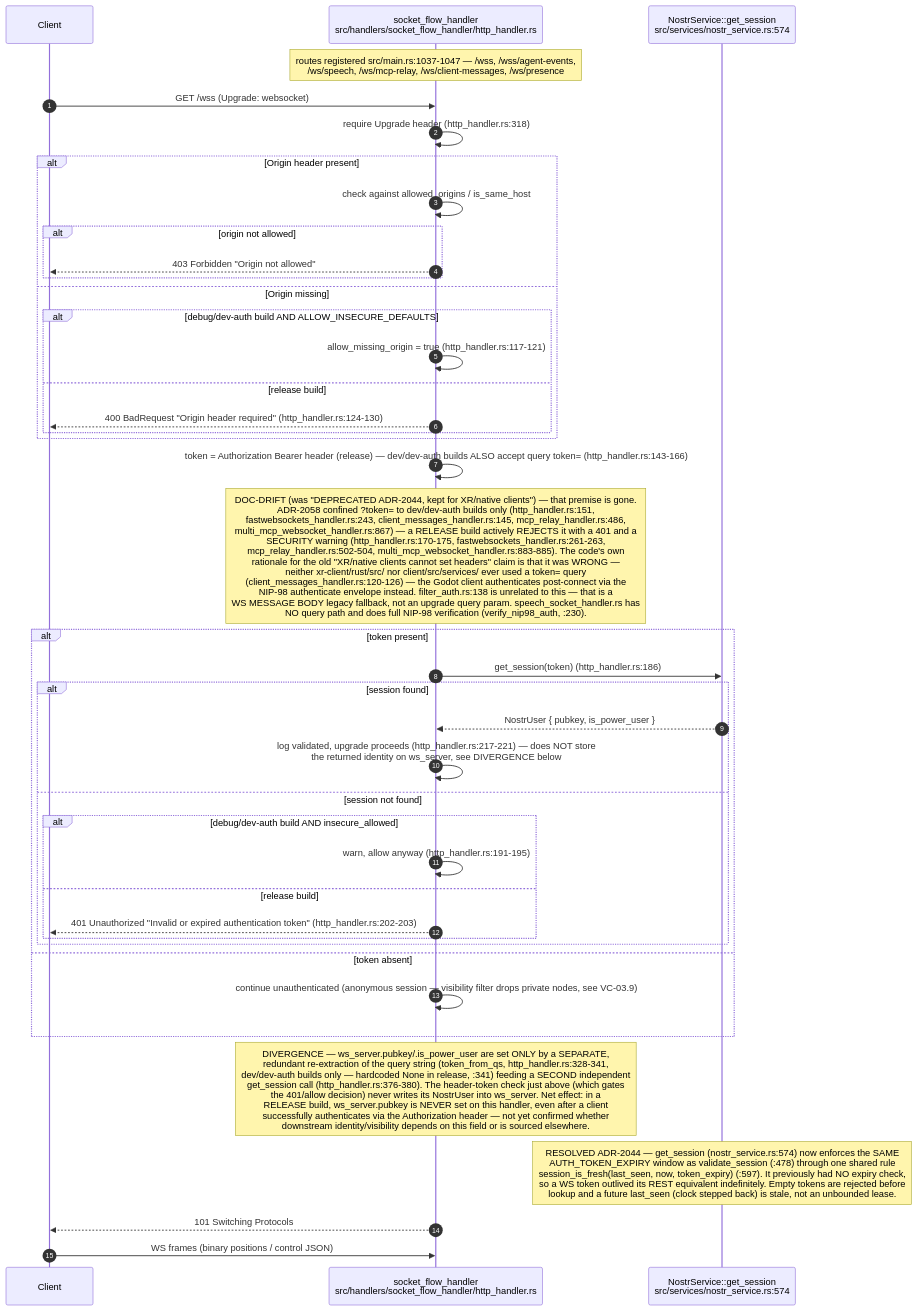
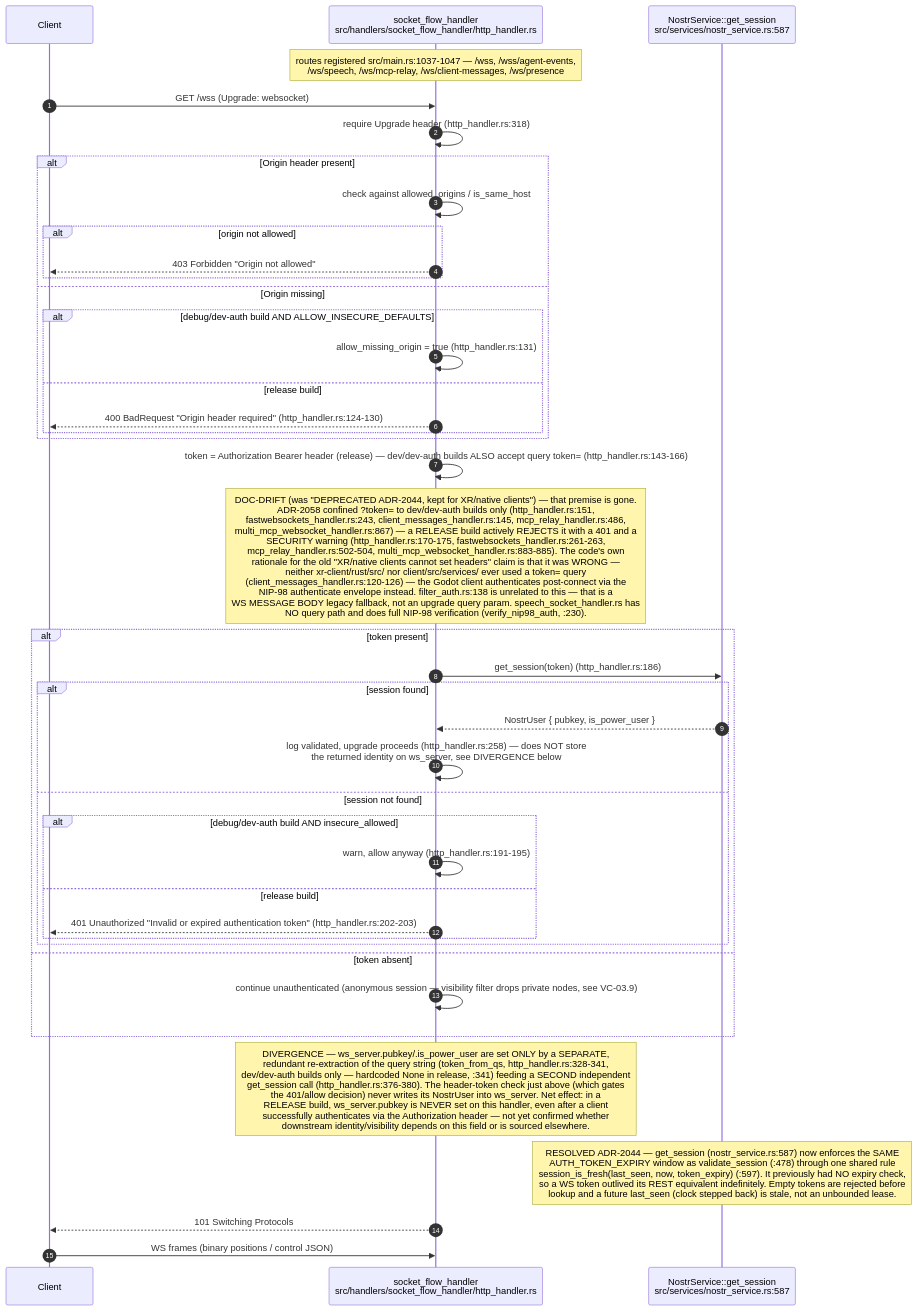
The second of 17 diagrams in docs/diagrams/visionclaw/03-request-lifecycle-and-rbac.md (DreamLab-AI/VisionFlow), drawn with Mermaid before and after one commit. The commit also changed other lines of this file and 51 other files, not shown here.

First line of the commit message:
docs(diagrams): agentbox AB-01..13 re-attested anchor by anchor (980 anchors, 22 defects); checkpoint against an out-of-mesh writer

````diff
--- a/docs/diagrams/visionclaw/03-request-lifecycle-and-rbac.md
+++ b/docs/diagrams/visionclaw/03-request-lifecycle-and-rbac.md
@@ -87,44 +89,44 @@
 ```mermaid
 sequenceDiagram
     autonumber
     participant C as Client
     participant WS as socket_flow_handler<br/>src/handlers/socket_flow_handler/http_handler.rs
-    participant NS as NostrService::get_session<br/>src/services/nostr_service.rs:574
+    participant NS as NostrService::get_session<br/>src/services/nostr_service.rs:587
 
     Note over WS: routes registered src/main.rs:1037-1047 — /wss, /wss/agent-events,<br/>/ws/speech, /ws/mcp-relay, /ws/client-messages, /ws/presence
     C->>WS: GET /wss (Upgrade: websocket)
     WS->>WS: require Upgrade header (http_handler.rs:318)
     alt Origin header present
         WS->>WS: check against allowed_origins / is_same_host
         alt origin not allowed
             WS-->>C: 403 Forbidden "Origin not allowed"
         end
     else Origin missing
         alt debug/dev-auth build AND ALLOW_INSECURE_DEFAULTS
-            WS->>WS: allow_missing_origin = true (http_handler.rs:117-121)
+            WS->>WS: allow_missing_origin = true (http_handler.rs:131)
         else release build
             WS-->>C: 400 BadRequest "Origin header required" (http_handler.rs:124-130)
         end
     end
     WS->>WS: token = Authorization Bearer header (release) — dev/dev-auth builds ALSO accept query token= (http_handler.rs:143-166)
     Note over WS: DOC-DRIFT (was "DEPRECATED ADR-2044, kept for XR/native clients") — that premise is gone.<br/>ADR-2058 confined ?token= to dev/dev-auth builds only (http_handler.rs:151,<br/>fastwebsockets_handler.rs:243, client_messages_handler.rs:145, mcp_relay_handler.rs:486,<br/>multi_mcp_websocket_handler.rs:867) — a RELEASE build actively REJECTS it with a 401 and a<br/>SECURITY warning (http_handler.rs:170-175, fastwebsockets_handler.rs:261-263,<br/>mcp_relay_handler.rs:502-504, multi_mcp_websocket_handler.rs:883-885). The code's own<br/>rationale for the old "XR/native clients cannot set headers" claim is that it was WRONG —<br/>neither xr-client/rust/src/ nor client/src/services/ ever used a token= query<br/>(client_messages_handler.rs:120-126) — the Godot client authenticates post-connect via the<br/>NIP-98 authenticate envelope instead. filter_auth.rs:138 is unrelated to this — that is a<br/>WS MESSAGE BODY legacy fallback, not an upgrade query param. speech_socket_handler.rs has<br/>NO query path and does full NIP-98 verification (verify_nip98_auth, :230).
     alt token present
         WS->>NS: get_session(token) (http_handler.rs:186)
         alt session found
             NS-->>WS: NostrUser { pubkey, is_power_user }
-            WS->>WS: log validated, upgrade proceeds (http_handler.rs:217-221) — does NOT store<br/>the returned identity on ws_server, see DIVERGENCE below
+            WS->>WS: log validated, upgrade proceeds (http_handler.rs:258) — does NOT store<br/>the returned identity on ws_server, see DIVERGENCE below
         else session not found
             alt debug/dev-auth build AND insecure_allowed
                 WS->>WS: warn, allow anyway (http_handler.rs:191-195)
             else release build
                 WS-->>C: 401 Unauthorized "Invalid or expired authentication token" (http_handler.rs:202-203)
             end
         end
     else token absent
         WS->>WS: continue unauthenticated (anonymous session — visibility filter drops private nodes, see VC-03.9)
     end
     Note over WS: DIVERGENCE — ws_server.pubkey/.is_power_user are set ONLY by a SEPARATE,<br/>redundant re-extraction of the query string (token_from_qs, http_handler.rs:328-341,<br/>dev/dev-auth builds only — hardcoded None in release, :341) feeding a SECOND independent<br/>get_session call (http_handler.rs:376-380). The header-token check just above (which gates<br/>the 401/allow decision) never writes its NostrUser into ws_server. Net effect: in a<br/>RELEASE build, ws_server.pubkey is NEVER set on this handler, even after a client<br/>successfully authenticates via the Authorization header — not yet confirmed whether<br/>downstream identity/visibility depends on this field or is sourced elsewhere.
-    Note over NS: RESOLVED ADR-2044 — get_session (nostr_service.rs:574) now enforces the SAME<br/>AUTH_TOKEN_EXPIRY window as validate_session (:478) through one shared rule<br/>session_is_fresh(last_seen, now, token_expiry) (:597). It previously had NO expiry check,<br/>so a WS token outlived its REST equivalent indefinitely. Empty tokens are rejected before<br/>lookup and a future last_seen (clock stepped back) is stale, not an unbounded lease.
+    Note over NS: RESOLVED ADR-2044 — get_session (nostr_service.rs:587) now enforces the SAME<br/>AUTH_TOKEN_EXPIRY window as validate_session (:478) through one shared rule<br/>session_is_fresh(last_seen, now, token_expiry) (:597). It previously had NO expiry check,<br/>so a WS token outlived its REST equivalent indefinitely. Empty tokens are rejected before<br/>lookup and a future last_seen (clock stepped back) is stale, not an unbounded lease.
     WS-->>C: 101 Switching Protocols
     C->>WS: WS frames (binary positions / control JSON)
 ```
````
